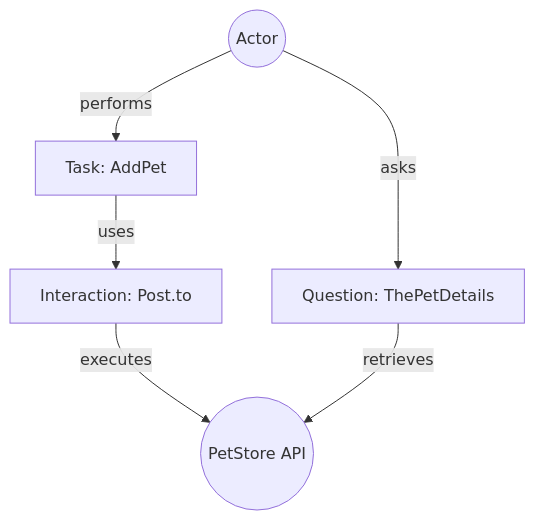
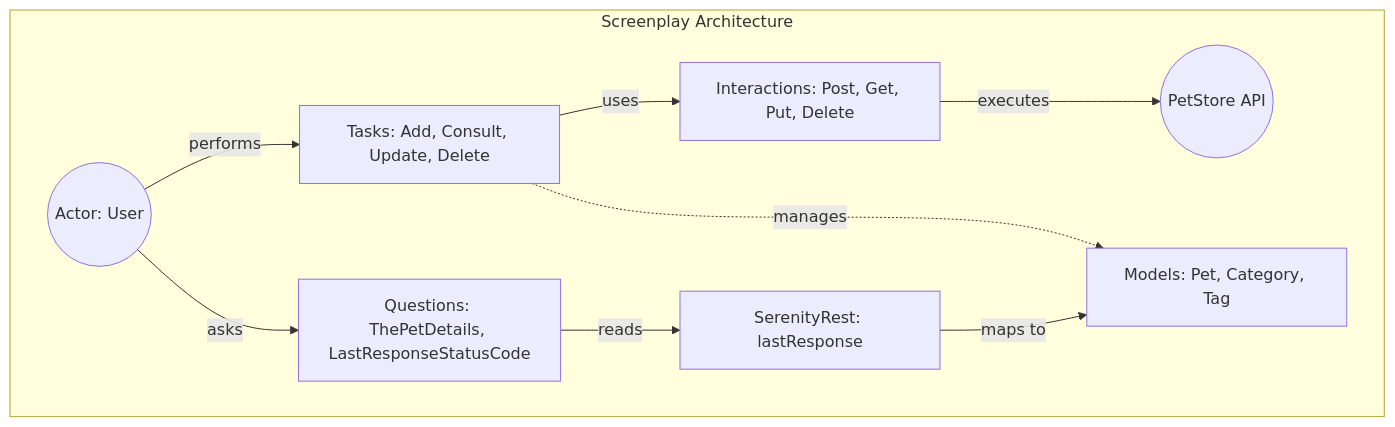
The diagram in README.md (majoymajo/AUTO_API_PETSTORE_SCREENPLAY), drawn with Mermaid before and after one commit. The commit also changed other lines of this file, not shown here.

Commit message:
docs: Enhance reporting documentation with a detailed table and update the Screenplay architecture diagram in README.

````diff
--- a/README.md
+++ b/README.md
@@ -63,8 +70,14 @@
 ```mermaid
 graph TD
-    Actor((Actor)) -->|performs| Task[Task: AddPet]
-    Task -->|uses| Interaction[Interaction: Post.to]
-    Interaction -->|executes| API((PetStore API))
-    Actor -->|asks| Question[Question: ThePetDetails]
-    Question -->|retrieves| API
+    subgraph "Screenplay Architecture"
+        Actor((Actor: User)) -->|performs| Task[Tasks: Add, Consult, Update, Delete]
+        Task -->|uses| Interaction[Interactions: Post, Get, Put, Delete]
+        Interaction -->|executes| API((PetStore API))
+        
+        Actor -->|asks| Question[Questions: ThePetDetails, LastResponseStatusCode]
+        Question -->|reads| Response[SerenityRest: lastResponse]
+        Response -->|maps to| Model[Models: Pet, Category, Tag]
+        
+        Task -.->|manages| Model
+    end
 ```
````
